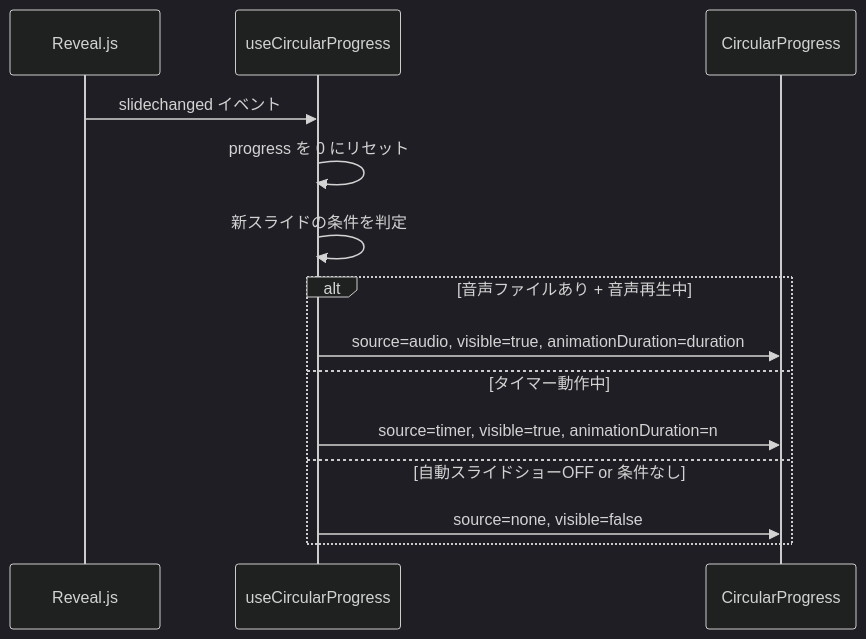
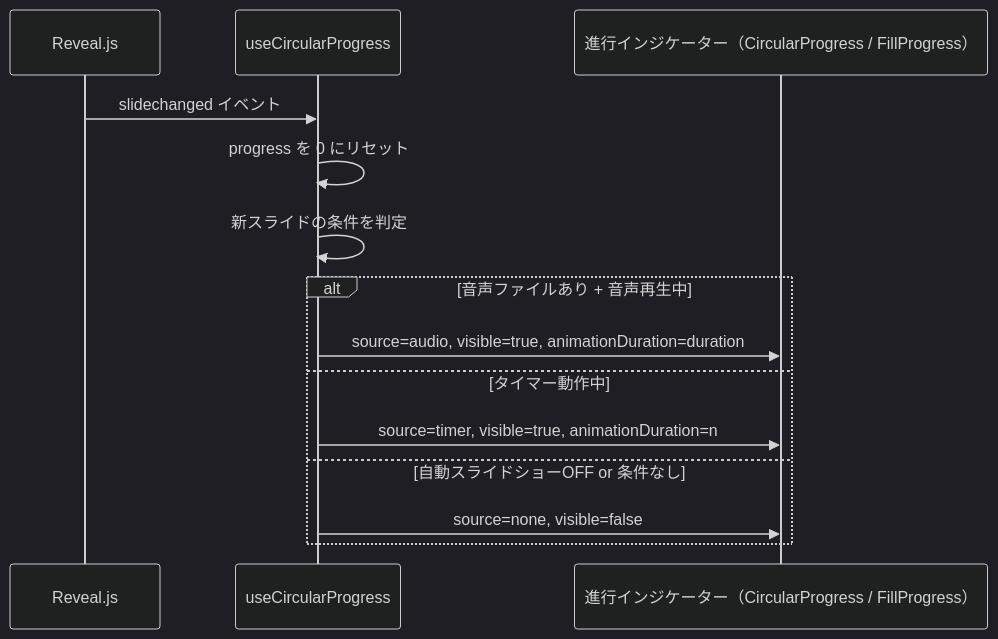
One commit to ToshikiImagawa/slide-presentation-app changed the second of 3 diagrams in .sdd/specification/auto-scroll-progress-bar_spec.md. Above: the diagram before and after it, drawn with Mermaid (dark theme). The commit also changed other lines of this file and 31 other files, not shown here.

````diff
--- a/.sdd/specification/auto-scroll-progress-bar_spec.md
+++ b/.sdd/specification/auto-scroll-progress-bar_spec.md
@@ -185,16 +219,16 @@
 ```mermaid
 sequenceDiagram
     participant Reveal as Reveal.js
     participant Hook as useCircularProgress
-    participant Bar as CircularProgress
+    participant Bar as 進行インジケーター（CircularProgress / FillProgress）
     Reveal ->> Hook: slidechanged イベント
     Hook ->> Hook: progress を 0 にリセット
     Hook ->> Hook: 新スライドの条件を判定
     alt 音声ファイルあり + 音声再生中
         Hook ->> Bar: source=audio, visible=true, animationDuration=duration
     else タイマー動作中
         Hook ->> Bar: source=timer, visible=true, animationDuration=n
     else 自動スライドショーOFF or 条件なし
         Hook ->> Bar: source=none, visible=false
     end
 ```
````
